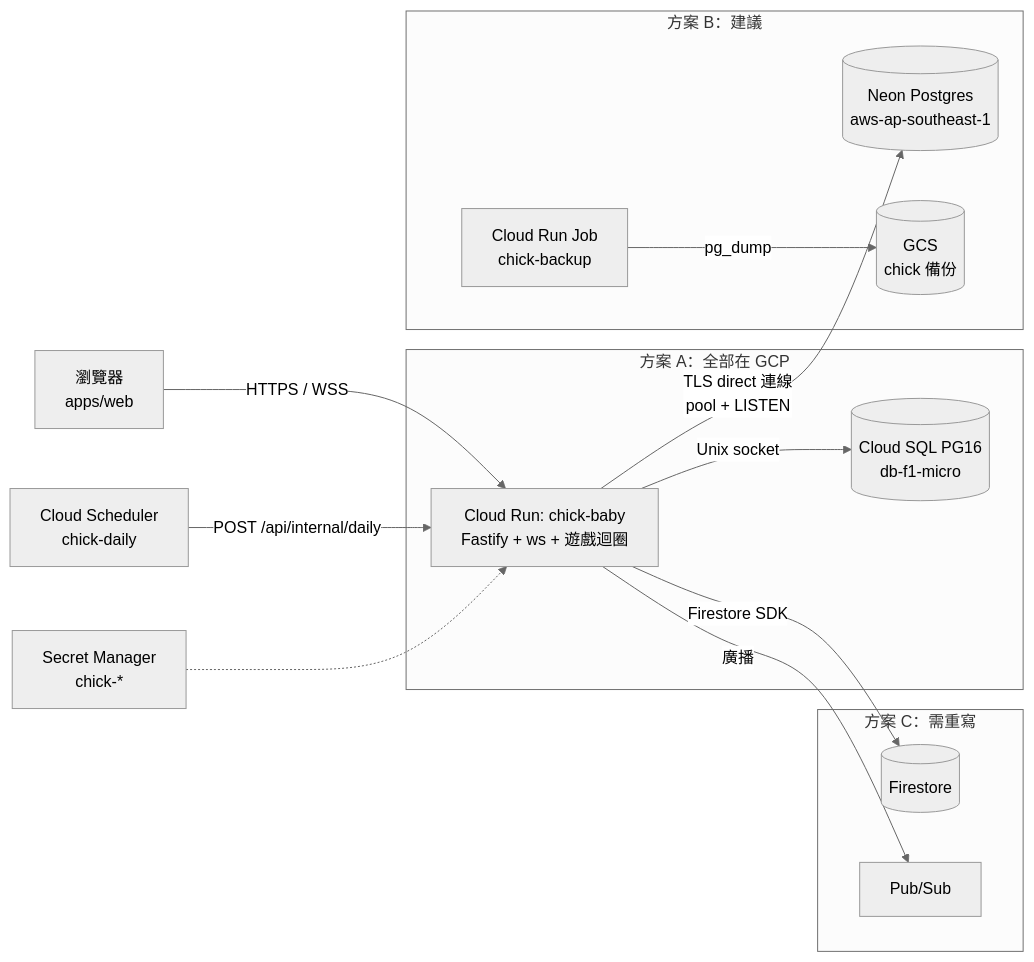
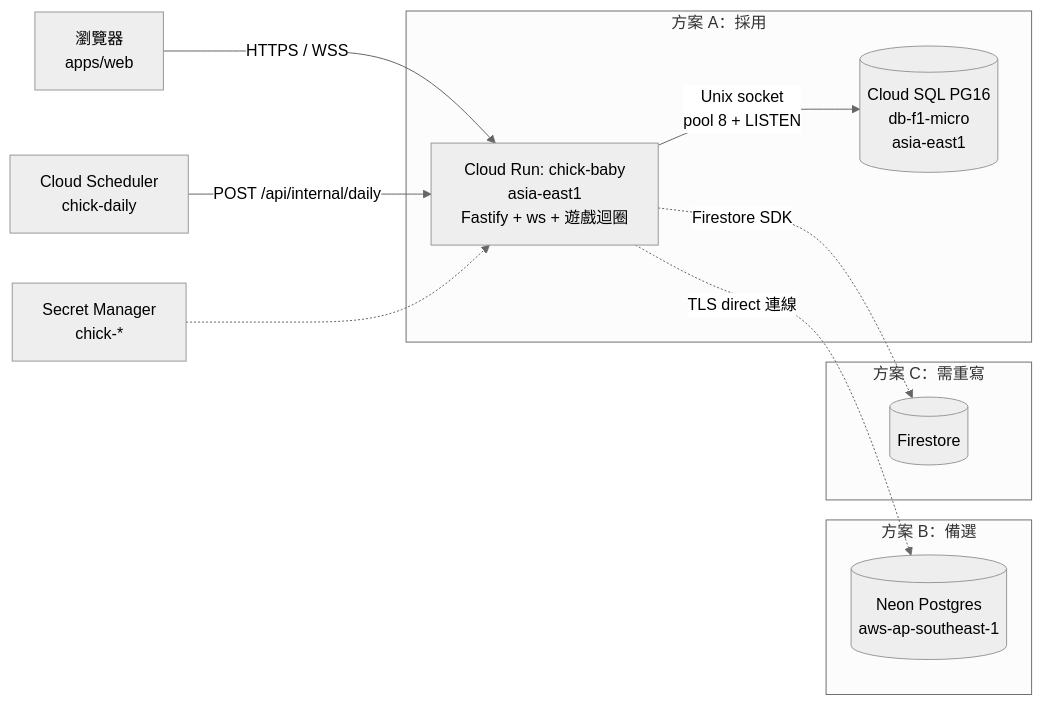
Before and after one commit to spigflying/chick-baby: the diagram in docs/gcp-plan.md, drawn with Mermaid (neutral theme). The commit also changed other lines of this file and 1 other file, not shown here.

First line of the commit message:
Adopt plan A (Cloud Run + Cloud SQL in asia-east1) for GCP deployment

````diff
--- a/docs/gcp-plan.md
+++ b/docs/gcp-plan.md
@@ -74,18 +81,16 @@
 ```mermaid
 flowchart LR
-  U[瀏覽器<br/>apps/web] -- HTTPS / WSS --> CR[Cloud Run: chick-baby<br/>Fastify + ws + 遊戲迴圈]
+  U[瀏覽器<br/>apps/web] -- HTTPS / WSS --> CR[Cloud Run: chick-baby<br/>asia-east1<br/>Fastify + ws + 遊戲迴圈]
   CS[Cloud Scheduler<br/>chick-daily] -- POST /api/internal/daily --> CR
   SM[Secret Manager<br/>chick-*] -.-> CR
 
-  subgraph A[方案 A：全部在 GCP]
-    CR -- Unix socket --> SQL[(Cloud SQL PG16<br/>db-f1-micro)]
+  subgraph A[方案 A：採用]
+    CR -- Unix socket<br/>pool 8 + LISTEN --> SQL[(Cloud SQL PG16<br/>db-f1-micro<br/>asia-east1)]
   end
-  subgraph B[方案 B：建議]
-    CR -- TLS direct 連線<br/>pool + LISTEN --> NEON[(Neon Postgres<br/>aws-ap-southeast-1)]
-    BJ[Cloud Run Job<br/>chick-backup] -- pg_dump --> GCS[(GCS<br/>chick 備份)]
+  subgraph B[方案 B：備選]
+    CR -. TLS direct 連線 .-> NEON[(Neon Postgres<br/>aws-ap-southeast-1)]
   end
   subgraph C[方案 C：需重寫]
-    CR -- Firestore SDK --> FS[(Firestore)]
-    CR -- 廣播 --> PS[Pub/Sub]
+    CR -. Firestore SDK .-> FS[(Firestore)]
   end
 ```
````
